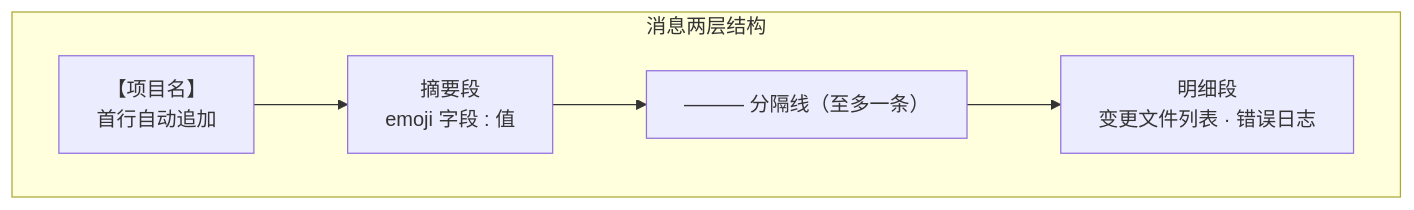
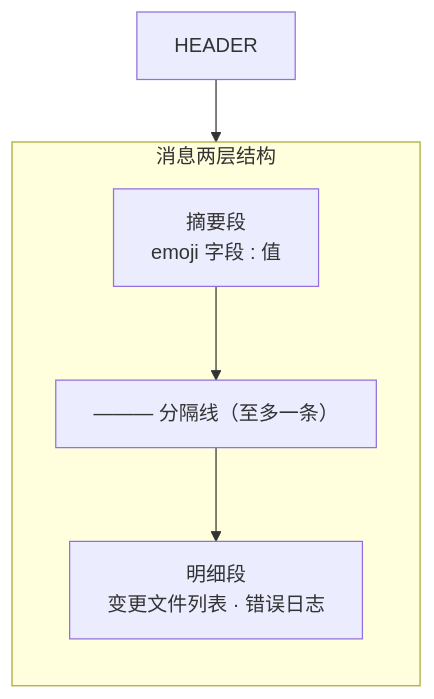
One commit to effiy/YrY changed the third of 9 diagrams in skills/rui-bot/SKILL.md. Above: the diagram before and after it, drawn with Mermaid. The commit also changed other lines of this file and 42 other files, not shown here.

First line of the commit message:
feat: apply Mermaid authoring rules (M1-M12) across entire codebase

````diff
--- a/skills/rui-bot/SKILL.md
+++ b/skills/rui-bot/SKILL.md
@@ -103,11 +113,12 @@
 ```mermaid
 flowchart TB
     subgraph 结构["消息两层结构"]
-        HEADER["【项目名】<br/>首行自动追加"]:::hdr
+        direction TB
         SUMMARY["摘要段<br/>emoji 字段 : 值"]:::summary
         SEP["——— 分隔线（至多一条）"]:::sep
         DETAIL["明细段<br/>变更文件列表 · 错误日志"]:::detail
     end
     HEADER --> SUMMARY --> SEP --> DETAIL
 
+
 ```
````
